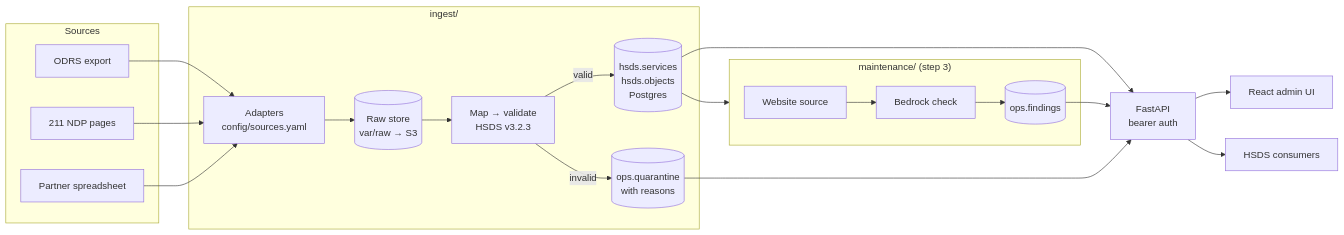
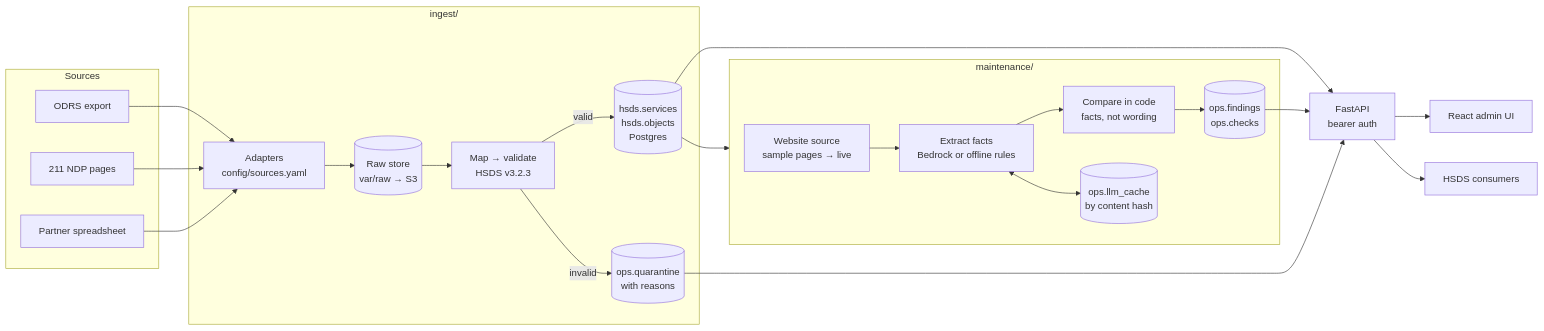
Before and after one commit to neutral-milk-studio/onedegree_resource_engine: the diagram in README.md, drawn with Mermaid. The commit also changed other lines of this file and 16 other files, not shown here.

````diff
--- a/README.md
+++ b/README.md
@@ -47,23 +47,25 @@
 ```mermaid
 flowchart LR
   subgraph Sources
     ODRS[ODRS export]
     NDP[211 NDP pages]
     CSV[Partner spreadsheet]
   end
   subgraph Ingest["ingest/"]
     A[Adapters<br/>config/sources.yaml] --> R[(Raw store<br/>var/raw → S3)]
     R --> M[Map → validate<br/>HSDS v3.2.3]
     M -->|valid| S
     M -->|invalid| Q[(ops.quarantine<br/>with reasons)]
   end
   ODRS & NDP & CSV --> A
   S[(hsds.services<br/>hsds.objects<br/>Postgres)]
-  subgraph AI["maintenance/ (step 3)"]
-    W[Website source] --> B[Bedrock check] --> F[(ops.findings)]
+  subgraph AI["maintenance/"]
+    W[Website source<br/>sample pages → live] --> X[Extract facts<br/>Bedrock or offline rules]
+    X --> C[Compare in code<br/>facts, not wording] --> F[(ops.findings<br/>ops.checks)]
+    X <--> K[(ops.llm_cache<br/>by content hash)]
   end
   S --> AI
   S & F & Q --> API[FastAPI<br/>bearer auth]
   API --> UI[React admin UI]
   API --> Partners[HSDS consumers]
 ```
````
